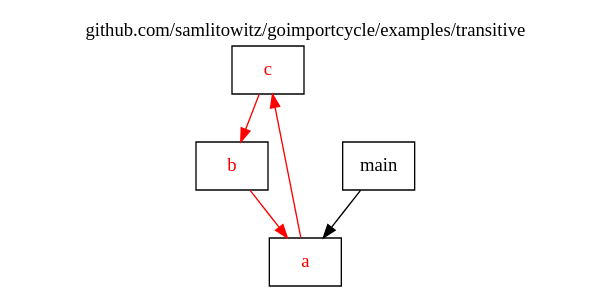
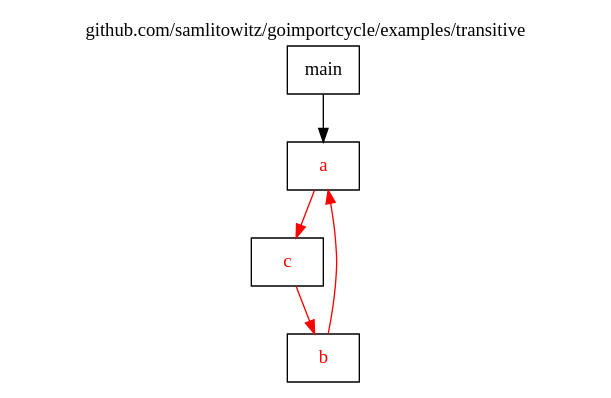
One commit to samlitowitz/goimportcycle changed the diagram in assets/examples/transitive/package.dot. Above: the diagram before and after it, drawn with Graphviz. The commit also changed 20 other files, not shown here.

```diff
--- a/assets/examples/transitive/package.dot
+++ b/assets/examples/transitive/package.dot
@@ -1,16 +1,15 @@
-
 digraph {
 	labelloc="t";
 	label="github.com/samlitowitz/goimportcycle/examples/transitive";
 	rankdir="TB";
 	node [shape="rect"];
 
-	pkg_c [label="c", style="filled", fontcolor="#ff0000", fillcolor="#ffffff"];
-	pkg_b [label="b", style="filled", fontcolor="#ff0000", fillcolor="#ffffff"];
-	pkg_main [label="main", style="filled", fontcolor="#000000", fillcolor="#ffffff"];
-	pkg_a [label="a", style="filled", fontcolor="#ff0000", fillcolor="#ffffff"];
-	pkg_c -> pkg_b [color="#ff0000"];
-	pkg_b -> pkg_a [color="#ff0000"];
-	pkg_main -> pkg_a [color="#000000"];
-	pkg_a -> pkg_c [color="#ff0000"];
+	"pkg_a" [label="a", style="filled", fontcolor="#ff0000", fillcolor="#ffffff"];
+	"pkg_b" [label="b", style="filled", fontcolor="#ff0000", fillcolor="#ffffff"];
+	"pkg_c" [label="c", style="filled", fontcolor="#ff0000", fillcolor="#ffffff"];
+	"pkg_main" [label="main", style="filled", fontcolor="#000000", fillcolor="#ffffff"];
+	"pkg_a" -> "pkg_c" [color="#ff0000"];
+	"pkg_b" -> "pkg_a" [color="#ff0000"];
+	"pkg_c" -> "pkg_b" [color="#ff0000"];
+	"pkg_main" -> "pkg_a" [color="#000000"];
 }
```
